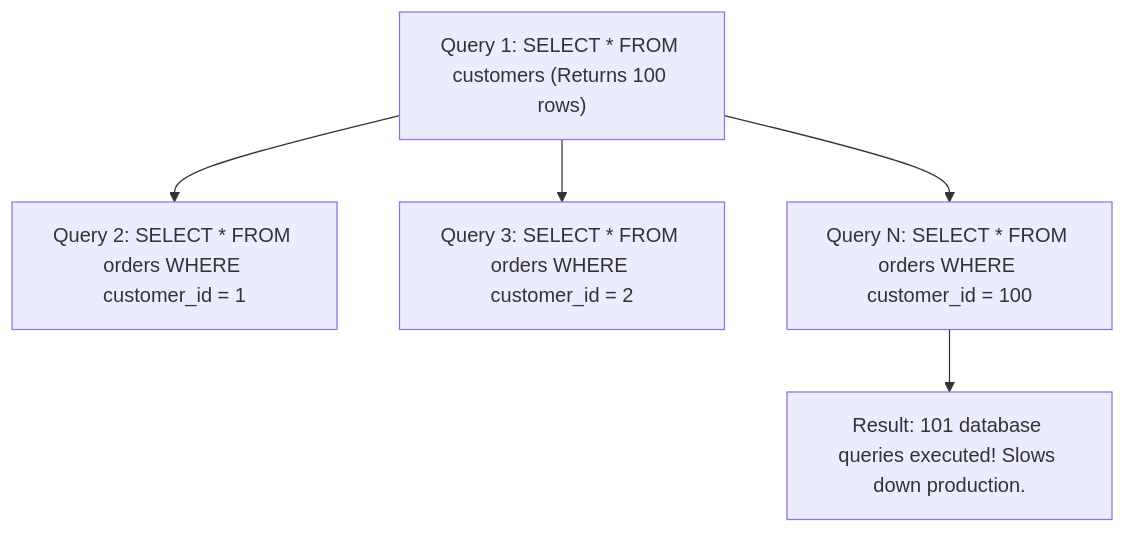
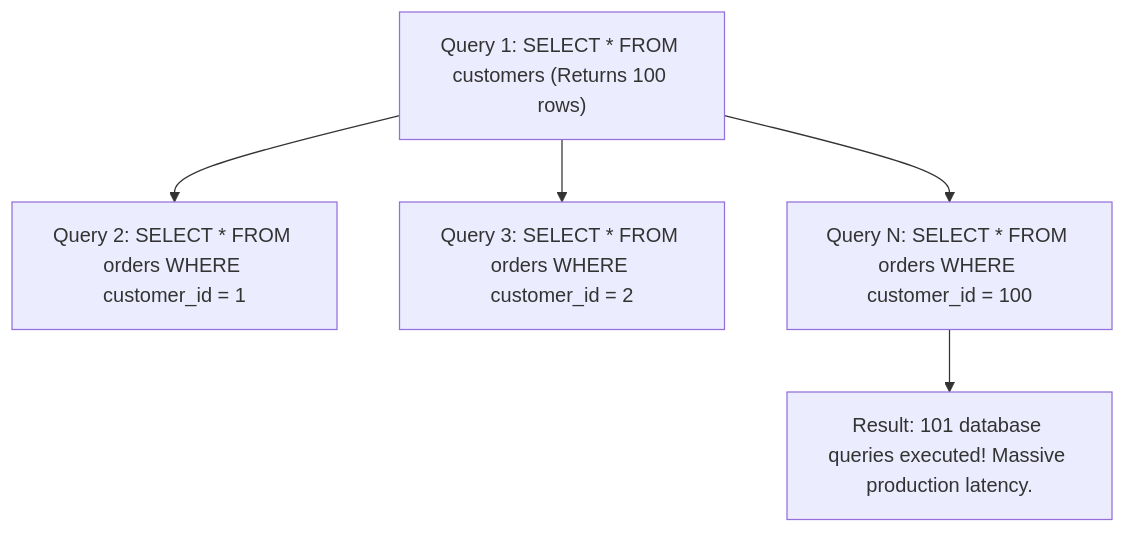
Before and after one commit to rohithgowda18/Notes: diagram 21 of 23 in 06-Java-and-Spring-Boot/Spring Boot Interview Guide.md, drawn with Mermaid. The commit also changed other lines of this file, not shown here.

````diff
--- a/06-Java-and-Spring-Boot/Spring Boot Interview Guide.md
+++ b/06-Java-and-Spring-Boot/Spring Boot Interview Guide.md
@@ -1218,8 +1466,8 @@
 ```mermaid
 flowchart TD
     Q1["Query 1: SELECT * FROM customers (Returns 100 rows)"]
     Q1 --> Q2["Query 2: SELECT * FROM orders WHERE customer_id = 1"]
     Q1 --> Q3["Query 3: SELECT * FROM orders WHERE customer_id = 2"]
     Q1 --> QN["Query N: SELECT * FROM orders WHERE customer_id = 100"]
-    QN --> Disaster["Result: 101 database queries executed! Slows down production."]
+    QN --> Disaster["Result: 101 database queries executed! Massive production latency."]
 ```
````
